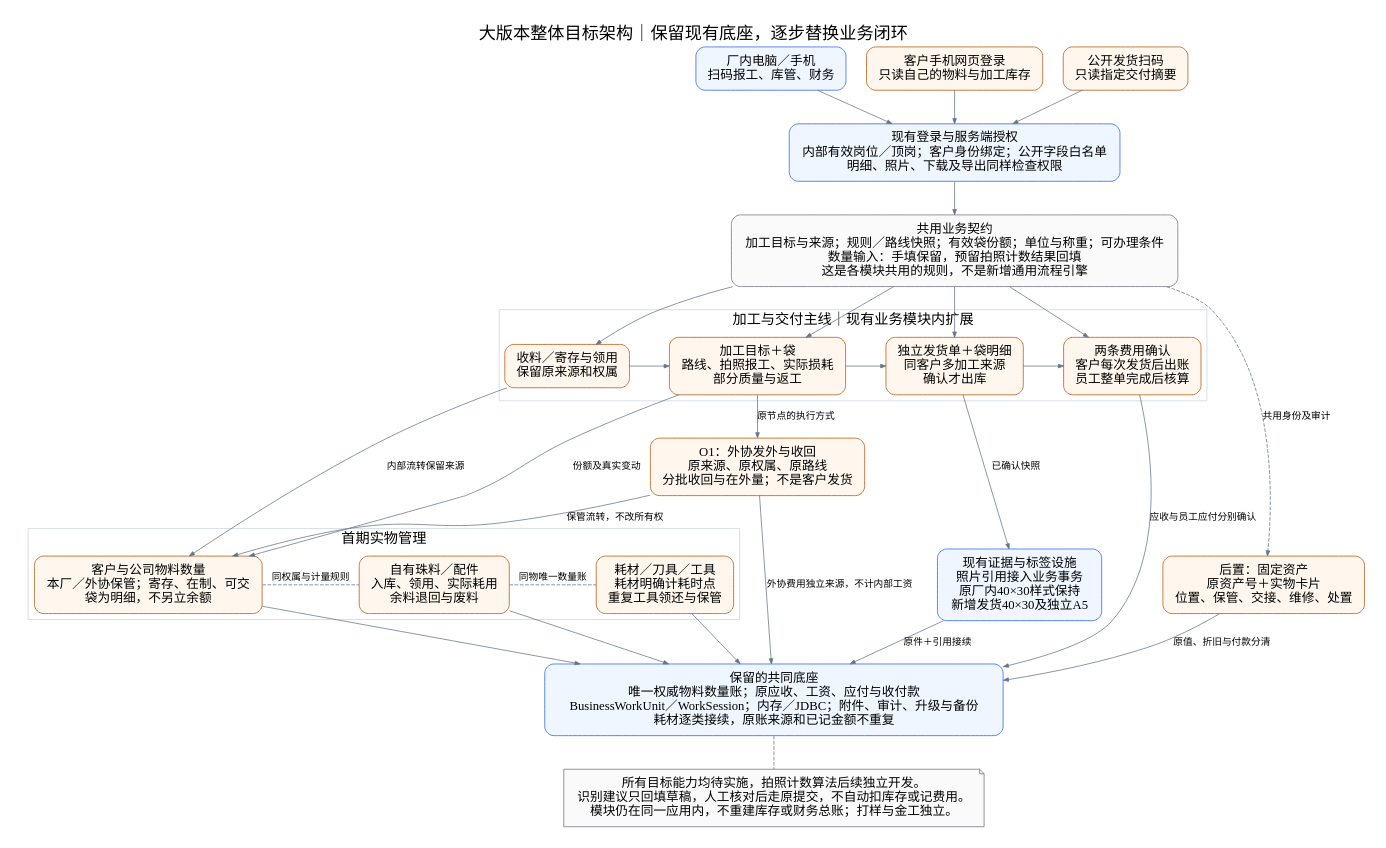
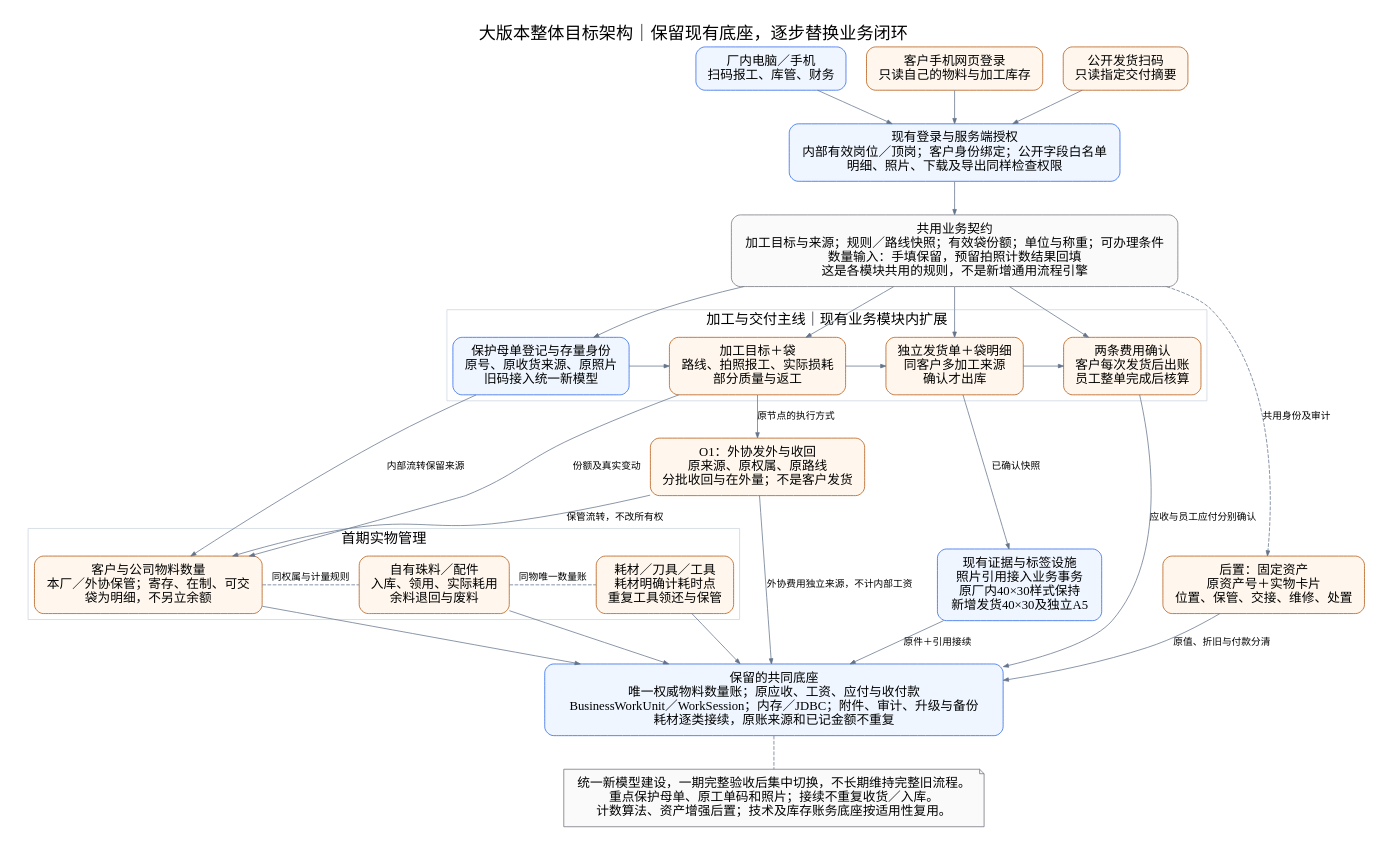
One commit to sxliuchen-hash/zhubao-ERP changed the diagram in docs/diagrams/refactor-master/01-overall-architecture.dot. Above: the diagram before and after it, drawn with Graphviz. The commit also changed 11 other files, not shown here.

```diff
--- a/docs/diagrams/refactor-master/01-overall-architecture.dot
+++ b/docs/diagrams/refactor-master/01-overall-architecture.dot
@@ -1,48 +1,48 @@
 digraph G {
  graph [fontname="SimSun",fontsize=23,label="大版本整体目标架构｜保留现有底座，逐步替换业务闭环",labelloc=t,rankdir=TB,bgcolor="white",pad="0.3",nodesep="0.38",ranksep="0.6"];
  node [fontname="SimSun",fontsize=17,shape=box,style="rounded,filled",color="#b45309",fillcolor="#fff7ed",margin="0.2,0.14"];
  edge [fontname="SimSun",fontsize=13,color="#64748b",arrowsize=0.7];
  staff [label="厂内电脑／手机\n扫码报工、库管、财务",color="#2563eb",fillcolor="#eff6ff"];
  client [label="客户手机网页登录\n只读自己的物料与加工库存"];
  public [label="公开发货扫码\n只读指定交付摘要"];
  {rank=same;staff;client;public;}
  access [label="现有登录与服务端授权\n内部有效岗位／顶岗；客户身份绑定；公开字段白名单\n明细、照片、下载及导出同样检查权限",color="#2563eb",fillcolor="#eff6ff"];
  contract [label="共用业务契约\n加工目标与来源；规则／路线快照；有效袋份额；单位与称重；可办理条件\n数量输入：手填保留，预留拍照计数结果回填\n这是各模块共用的规则，不是新增通用流程引擎",color="#71717a",fillcolor="#fafafa"];
  subgraph cluster_main {
   label="加工与交付主线｜现有业务模块内扩展";fontname="SimSun";fontsize=19;color="#cbd5e1";
-  source [label="收料／寄存与领用\n保留原来源和权属"];
+  source [label="保护母单登记与存量身份\n原号、原收货来源、原照片\n旧码接入统一新模型",color="#2563eb",fillcolor="#eff6ff"];
   production [label="加工目标＋袋\n路线、拍照报工、实际损耗\n部分质量与返工"];
   shipping [label="独立发货单＋袋明细\n同客户多加工来源\n确认才出库"];
   finance [label="两条费用确认\n客户每次发货后出账\n员工整单完成后核算"];
   {rank=same;source;production;shipping;finance;}
   source -> production;production -> shipping;shipping -> finance;
  }
  subgraph cluster_material {
   label="首期实物管理";fontname="SimSun";fontsize=19;color="#cbd5e1";
   inventory [label="客户与公司物料数量\n本厂／外协保管；寄存、在制、可交\n袋为明细，不另立余额"];
   factory [label="自有珠料／配件\n入库、领用、实际耗用\n余料退回与废料"];
   tools [label="耗材／刀具／工具\n耗材明确计耗时点\n重复工具领还与保管"];
   {rank=same;inventory;factory;tools;}
  }
  asset [label="后置：固定资产\n原资产号＋实物卡片\n位置、保管、交接、维修、处置"];
  outsourcing [label="O1：外协发外与收回\n原来源、原权属、原路线\n分批收回与在外量；不是客户发货"];
  evidence [label="现有证据与标签设施\n照片引用接入业务事务\n原厂内40×30样式保持\n新增发货40×30及独立A5",color="#2563eb",fillcolor="#eff6ff"];
  base [label="保留的共同底座\n唯一权威物料数量账；原应收、工资、应付与收付款\nBusinessWorkUnit／WorkSession；内存／JDBC；附件、审计、升级与备份\n耗材逐类接续，原账来源和已记金额不重复",color="#2563eb",fillcolor="#eff6ff"];
- note [shape=note,label="所有目标能力均待实施，拍照计数算法后续独立开发。\n识别建议只回填草稿，人工核对后走原提交，不自动扣库存或记费用。\n模块仍在同一应用内，不重建库存或财务总账；打样与金工独立。",color="#71717a",fillcolor="#fafafa"];
+ note [shape=note,label="统一新模型建设，一期完整验收后集中切换，不长期维持完整旧流程。\n重点保护母单、原工单码和照片；接续不重复收货／入库。\n计数算法、资产增强后置；技术及库存账务底座按适用性复用。",color="#71717a",fillcolor="#fafafa"];
  staff -> access;client -> access;public -> access;access -> contract;
  contract -> source;contract -> production;contract -> shipping;contract -> finance;
  source -> inventory [label="内部流转保留来源"];
  production -> inventory [label="份额及真实变动"];
  production -> outsourcing [label="原节点的执行方式"];
  outsourcing -> inventory [label="保管流转，不改所有权"];
  outsourcing -> base [label="外协费用独立来源，不计内部工资"];
  shipping -> evidence [label="已确认快照"];
  finance -> base [label="应收与员工应付分别确认"];
  inventory -> factory [style=dashed,arrowhead=none,label="同权属与计量规则"];
  factory -> tools [style=dashed,arrowhead=none,label="同物唯一数量账"];
  inventory -> base;factory -> base;tools -> base;
  contract -> asset [style=dashed,label="共用身份及审计"];
  asset -> base [label="原值、折旧与付款分清"];
  evidence -> base [label="原件＋引用接续"];
  base -> note [style=dashed,arrowhead=none];
 }
```
